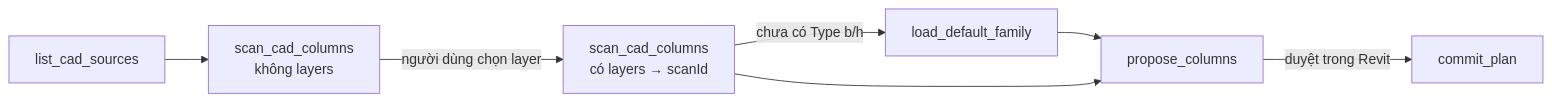
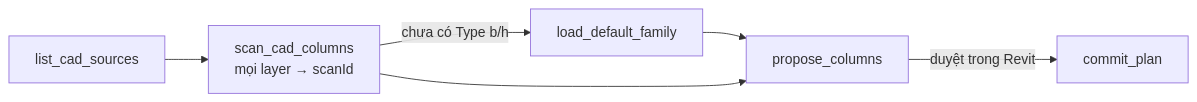
One commit to haivo088/261011_bimtech-revit-mcp changed the second of 2 diagrams in docs/05-cad-to-structure.md. Above: the diagram before and after it, drawn with Mermaid. The commit also changed other lines of this file and 14 other files, not shown here.

First line of the commit message:
Columns from every layer, weighed like an engineer

````diff
--- a/docs/05-cad-to-structure.md
+++ b/docs/05-cad-to-structure.md
@@ -81,9 +81,8 @@
 ```mermaid
 flowchart LR
-    A[list_cad_sources] --> B[scan_cad_columns<br/>không layers]
-    B -->|người dùng chọn layer| C[scan_cad_columns<br/>có layers → scanId]
-    C -->|chưa có Type b/h| L[load_default_family]
+    A[list_cad_sources] --> B[scan_cad_columns<br/>mọi layer → scanId]
+    B -->|chưa có Type b/h| L[load_default_family]
     L --> D
-    C --> D[propose_columns]
+    B --> D[propose_columns]
     D -->|duyệt trong Revit| E[commit_plan]
 ```
````
